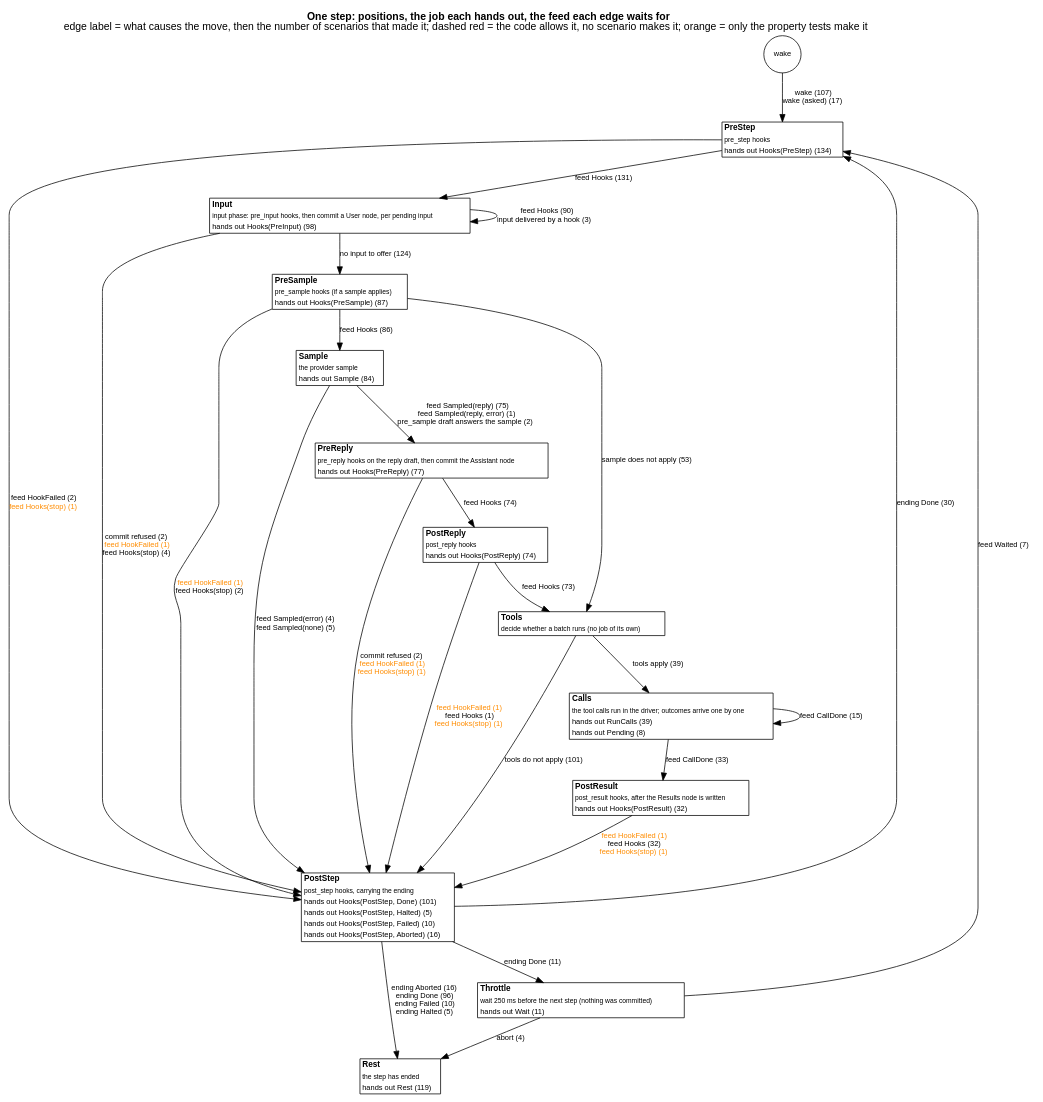
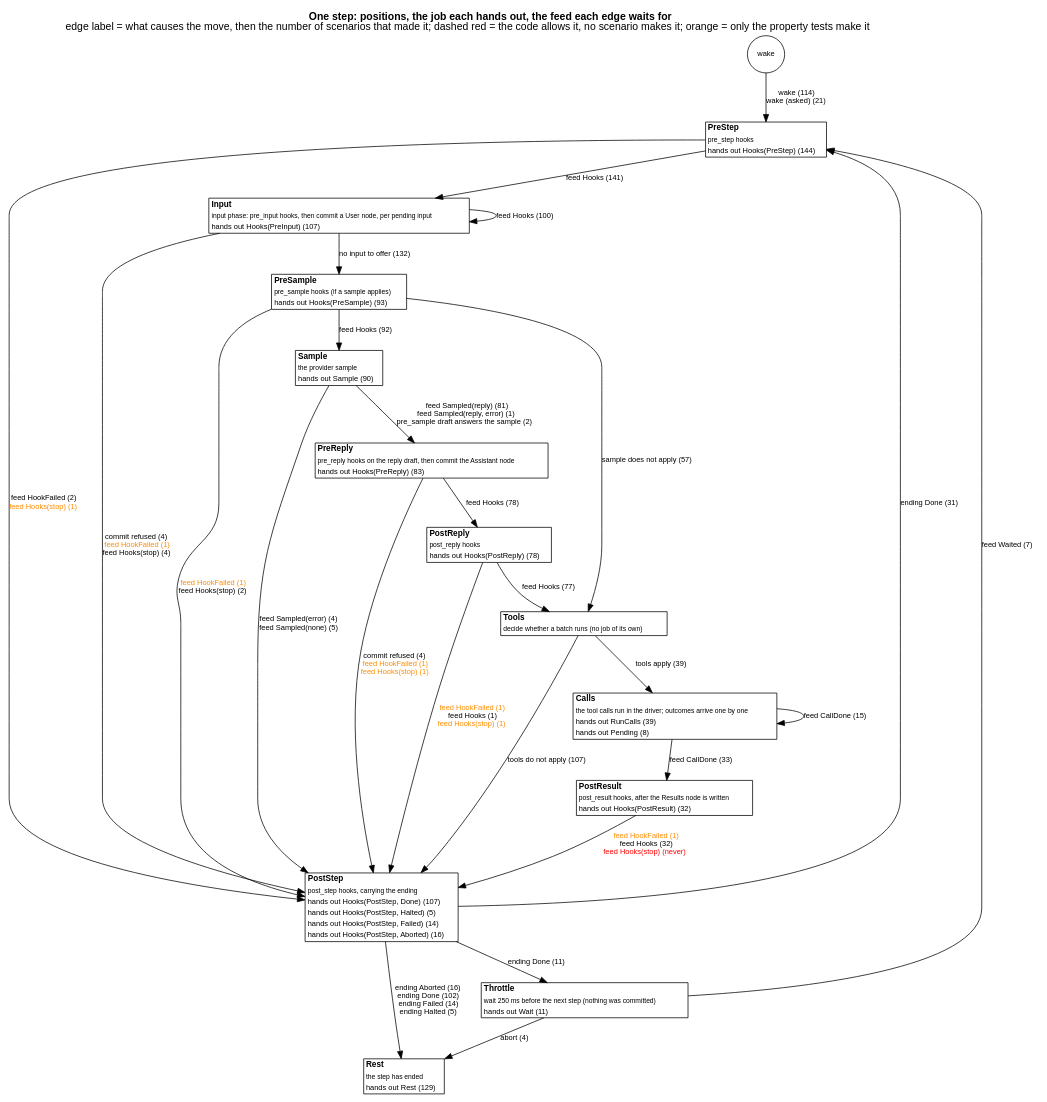
Before and after one commit to jmccardle/tau: the diagram in docs/as-built/diagrams/step-positions.dot, drawn with Graphviz. The commit also changed 39 other files, not shown here.

```diff
--- a/docs/as-built/diagrams/step-positions.dot
+++ b/docs/as-built/diagrams/step-positions.dot
@@ -1,44 +1,44 @@
 // Generated by scripts/diagrams.sh from the test suites' transitions. Do not edit.
 digraph step_positions {
   graph [rankdir=TB, fontname="Helvetica", nodesep=0.5, ranksep=0.6, labelloc=t, label=<<b>One step: positions, the job each hands out, the feed each edge waits for</b><br/>edge label = what causes the move, then the number of scenarios that made it; dashed red = the code allows it, no scenario makes it; orange = only the property tests make it>];
   node [shape=plain, fontname="Helvetica", fontsize=11];
   edge [fontname="Helvetica", fontsize=10];
   "(wake)" [shape=circle, label="wake", fontsize=10];
-  "PreStep" [label=<<table border="1" cellborder="0" cellspacing="0" bgcolor="white"><tr><td align="left"><b>PreStep</b></td></tr><tr><td align="left"><font point-size="9">pre_step hooks</font></td></tr><tr><td align="left"><font color="black" point-size="10">hands out Hooks(PreStep) (134)</font></td></tr></table>>];
-  "Input" [label=<<table border="1" cellborder="0" cellspacing="0" bgcolor="white"><tr><td align="left"><b>Input</b></td></tr><tr><td align="left"><font point-size="9">input phase: pre_input hooks, then commit a User node, per pending input</font></td></tr><tr><td align="left"><font color="black" point-size="10">hands out Hooks(PreInput) (98)</font></td></tr></table>>];
-  "PreSample" [label=<<table border="1" cellborder="0" cellspacing="0" bgcolor="white"><tr><td align="left"><b>PreSample</b></td></tr><tr><td align="left"><font point-size="9">pre_sample hooks (if a sample applies)</font></td></tr><tr><td align="left"><font color="black" point-size="10">hands out Hooks(PreSample) (87)</font></td></tr></table>>];
-  "Sample" [label=<<table border="1" cellborder="0" cellspacing="0" bgcolor="white"><tr><td align="left"><b>Sample</b></td></tr><tr><td align="left"><font point-size="9">the provider sample</font></td></tr><tr><td align="left"><font color="black" point-size="10">hands out Sample (84)</font></td></tr></table>>];
-  "PreReply" [label=<<table border="1" cellborder="0" cellspacing="0" bgcolor="white"><tr><td align="left"><b>PreReply</b></td></tr><tr><td align="left"><font point-size="9">pre_reply hooks on the reply draft, then commit the Assistant node</font></td></tr><tr><td align="left"><font color="black" point-size="10">hands out Hooks(PreReply) (77)</font></td></tr></table>>];
-  "PostReply" [label=<<table border="1" cellborder="0" cellspacing="0" bgcolor="white"><tr><td align="left"><b>PostReply</b></td></tr><tr><td align="left"><font point-size="9">post_reply hooks</font></td></tr><tr><td align="left"><font color="black" point-size="10">hands out Hooks(PostReply) (74)</font></td></tr></table>>];
+  "PreStep" [label=<<table border="1" cellborder="0" cellspacing="0" bgcolor="white"><tr><td align="left"><b>PreStep</b></td></tr><tr><td align="left"><font point-size="9">pre_step hooks</font></td></tr><tr><td align="left"><font color="black" point-size="10">hands out Hooks(PreStep) (144)</font></td></tr></table>>];
+  "Input" [label=<<table border="1" cellborder="0" cellspacing="0" bgcolor="white"><tr><td align="left"><b>Input</b></td></tr><tr><td align="left"><font point-size="9">input phase: pre_input hooks, then commit a User node, per pending input</font></td></tr><tr><td align="left"><font color="black" point-size="10">hands out Hooks(PreInput) (107)</font></td></tr></table>>];
+  "PreSample" [label=<<table border="1" cellborder="0" cellspacing="0" bgcolor="white"><tr><td align="left"><b>PreSample</b></td></tr><tr><td align="left"><font point-size="9">pre_sample hooks (if a sample applies)</font></td></tr><tr><td align="left"><font color="black" point-size="10">hands out Hooks(PreSample) (93)</font></td></tr></table>>];
+  "Sample" [label=<<table border="1" cellborder="0" cellspacing="0" bgcolor="white"><tr><td align="left"><b>Sample</b></td></tr><tr><td align="left"><font point-size="9">the provider sample</font></td></tr><tr><td align="left"><font color="black" point-size="10">hands out Sample (90)</font></td></tr></table>>];
+  "PreReply" [label=<<table border="1" cellborder="0" cellspacing="0" bgcolor="white"><tr><td align="left"><b>PreReply</b></td></tr><tr><td align="left"><font point-size="9">pre_reply hooks on the reply draft, then commit the Assistant node</font></td></tr><tr><td align="left"><font color="black" point-size="10">hands out Hooks(PreReply) (83)</font></td></tr></table>>];
+  "PostReply" [label=<<table border="1" cellborder="0" cellspacing="0" bgcolor="white"><tr><td align="left"><b>PostReply</b></td></tr><tr><td align="left"><font point-size="9">post_reply hooks</font></td></tr><tr><td align="left"><font color="black" point-size="10">hands out Hooks(PostReply) (78)</font></td></tr></table>>];
   "Tools" [label=<<table border="1" cellborder="0" cellspacing="0" bgcolor="white"><tr><td align="left"><b>Tools</b></td></tr><tr><td align="left"><font point-size="9">decide whether a batch runs (no job of its own)</font></td></tr></table>>];
   "Calls" [label=<<table border="1" cellborder="0" cellspacing="0" bgcolor="white"><tr><td align="left"><b>Calls</b></td></tr><tr><td align="left"><font point-size="9">the tool calls run in the driver; outcomes arrive one by one</font></td></tr><tr><td align="left"><font color="black" point-size="10">hands out RunCalls (39)</font></td></tr><tr><td align="left"><font color="black" point-size="10">hands out Pending (8)</font></td></tr></table>>];
   "PostResult" [label=<<table border="1" cellborder="0" cellspacing="0" bgcolor="white"><tr><td align="left"><b>PostResult</b></td></tr><tr><td align="left"><font point-size="9">post_result hooks, after the Results node is written</font></td></tr><tr><td align="left"><font color="black" point-size="10">hands out Hooks(PostResult) (32)</font></td></tr></table>>];
-  "PostStep" [label=<<table border="1" cellborder="0" cellspacing="0" bgcolor="white"><tr><td align="left"><b>PostStep</b></td></tr><tr><td align="left"><font point-size="9">post_step hooks, carrying the ending</font></td></tr><tr><td align="left"><font color="black" point-size="10">hands out Hooks(PostStep, Done) (101)</font></td></tr><tr><td align="left"><font color="black" point-size="10">hands out Hooks(PostStep, Halted) (5)</font></td></tr><tr><td align="left"><font color="black" point-size="10">hands out Hooks(PostStep, Failed) (10)</font></td></tr><tr><td align="left"><font color="black" point-size="10">hands out Hooks(PostStep, Aborted) (16)</font></td></tr></table>>];
+  "PostStep" [label=<<table border="1" cellborder="0" cellspacing="0" bgcolor="white"><tr><td align="left"><b>PostStep</b></td></tr><tr><td align="left"><font point-size="9">post_step hooks, carrying the ending</font></td></tr><tr><td align="left"><font color="black" point-size="10">hands out Hooks(PostStep, Done) (107)</font></td></tr><tr><td align="left"><font color="black" point-size="10">hands out Hooks(PostStep, Halted) (5)</font></td></tr><tr><td align="left"><font color="black" point-size="10">hands out Hooks(PostStep, Failed) (14)</font></td></tr><tr><td align="left"><font color="black" point-size="10">hands out Hooks(PostStep, Aborted) (16)</font></td></tr></table>>];
   "Throttle" [label=<<table border="1" cellborder="0" cellspacing="0" bgcolor="white"><tr><td align="left"><b>Throttle</b></td></tr><tr><td align="left"><font point-size="9">wait 250 ms before the next step (nothing was committed)</font></td></tr><tr><td align="left"><font color="black" point-size="10">hands out Wait (11)</font></td></tr></table>>];
-  "Rest" [label=<<table border="1" cellborder="0" cellspacing="0" bgcolor="white"><tr><td align="left"><b>Rest</b></td></tr><tr><td align="left"><font point-size="9">the step has ended</font></td></tr><tr><td align="left"><font color="black" point-size="10">hands out Rest (119)</font></td></tr></table>>];
-  "(wake)" -> "PreStep" [label=<wake (107)<br/>wake (asked) (17)>, color="black", style=solid];
+  "Rest" [label=<<table border="1" cellborder="0" cellspacing="0" bgcolor="white"><tr><td align="left"><b>Rest</b></td></tr><tr><td align="left"><font point-size="9">the step has ended</font></td></tr><tr><td align="left"><font color="black" point-size="10">hands out Rest (129)</font></td></tr></table>>];
+  "(wake)" -> "PreStep" [label=<wake (114)<br/>wake (asked) (21)>, color="black", style=solid];
   "Calls" -> "Calls" [label=<feed CallDone (15)>, color="black", style=solid];
   "Calls" -> "PostResult" [label=<feed CallDone (33)>, color="black", style=solid];
-  "Input" -> "Input" [label=<feed Hooks (90)<br/>input delivered by a hook (3)>, color="black", style=solid];
-  "Input" -> "PostStep" [label=<commit refused (2)<br/><font color="darkorange">feed HookFailed (1)</font><br/>feed Hooks(stop) (4)>, color="black", style=solid];
-  "Input" -> "PreSample" [label=<no input to offer (124)>, color="black", style=solid];
+  "Input" -> "Input" [label=<feed Hooks (100)>, color="black", style=solid];
+  "Input" -> "PostStep" [label=<commit refused (4)<br/><font color="darkorange">feed HookFailed (1)</font><br/>feed Hooks(stop) (4)>, color="black", style=solid];
+  "Input" -> "PreSample" [label=<no input to offer (132)>, color="black", style=solid];
   "PostReply" -> "PostStep" [label=<<font color="darkorange">feed HookFailed (1)</font><br/>feed Hooks (1)<br/><font color="darkorange">feed Hooks(stop) (1)</font>>, color="black", style=solid];
-  "PostReply" -> "Tools" [label=<feed Hooks (73)>, color="black", style=solid];
-  "PostResult" -> "PostStep" [label=<<font color="darkorange">feed HookFailed (1)</font><br/>feed Hooks (32)<br/><font color="darkorange">feed Hooks(stop) (1)</font>>, color="black", style=solid];
-  "PostStep" -> "PreStep" [label=<ending Done (30)>, color="black", style=solid];
-  "PostStep" -> "Rest" [label=<ending Aborted (16)<br/>ending Done (96)<br/>ending Failed (10)<br/>ending Halted (5)>, color="black", style=solid];
+  "PostReply" -> "Tools" [label=<feed Hooks (77)>, color="black", style=solid];
+  "PostResult" -> "PostStep" [label=<<font color="darkorange">feed HookFailed (1)</font><br/>feed Hooks (32)<br/><font color="red">feed Hooks(stop) (never)</font>>, color="black", style=solid];
+  "PostStep" -> "PreStep" [label=<ending Done (31)>, color="black", style=solid];
+  "PostStep" -> "Rest" [label=<ending Aborted (16)<br/>ending Done (102)<br/>ending Failed (14)<br/>ending Halted (5)>, color="black", style=solid];
   "PostStep" -> "Throttle" [label=<ending Done (11)>, color="black", style=solid];
-  "PreReply" -> "PostReply" [label=<feed Hooks (74)>, color="black", style=solid];
-  "PreReply" -> "PostStep" [label=<commit refused (2)<br/><font color="darkorange">feed HookFailed (1)</font><br/><font color="darkorange">feed Hooks(stop) (1)</font>>, color="black", style=solid];
+  "PreReply" -> "PostReply" [label=<feed Hooks (78)>, color="black", style=solid];
+  "PreReply" -> "PostStep" [label=<commit refused (4)<br/><font color="darkorange">feed HookFailed (1)</font><br/><font color="darkorange">feed Hooks(stop) (1)</font>>, color="black", style=solid];
   "PreSample" -> "PostStep" [label=<<font color="darkorange">feed HookFailed (1)</font><br/>feed Hooks(stop) (2)>, color="black", style=solid];
-  "PreSample" -> "Sample" [label=<feed Hooks (86)>, color="black", style=solid];
-  "PreSample" -> "Tools" [label=<sample does not apply (53)>, color="black", style=solid];
-  "PreStep" -> "Input" [label=<feed Hooks (131)>, color="black", style=solid];
+  "PreSample" -> "Sample" [label=<feed Hooks (92)>, color="black", style=solid];
+  "PreSample" -> "Tools" [label=<sample does not apply (57)>, color="black", style=solid];
+  "PreStep" -> "Input" [label=<feed Hooks (141)>, color="black", style=solid];
   "PreStep" -> "PostStep" [label=<feed HookFailed (2)<br/><font color="darkorange">feed Hooks(stop) (1)</font>>, color="black", style=solid];
   "Sample" -> "PostStep" [label=<feed Sampled(error) (4)<br/>feed Sampled(none) (5)>, color="black", style=solid];
-  "Sample" -> "PreReply" [label=<feed Sampled(reply) (75)<br/>feed Sampled(reply, error) (1)<br/>pre_sample draft answers the sample (2)>, color="black", style=solid];
+  "Sample" -> "PreReply" [label=<feed Sampled(reply) (81)<br/>feed Sampled(reply, error) (1)<br/>pre_sample draft answers the sample (2)>, color="black", style=solid];
   "Throttle" -> "PreStep" [label=<feed Waited (7)>, color="black", style=solid];
   "Throttle" -> "Rest" [label=<abort (4)>, color="black", style=solid];
   "Tools" -> "Calls" [label=<tools apply (39)>, color="black", style=solid];
-  "Tools" -> "PostStep" [label=<tools do not apply (101)>, color="black", style=solid];
+  "Tools" -> "PostStep" [label=<tools do not apply (107)>, color="black", style=solid];
 }
```
